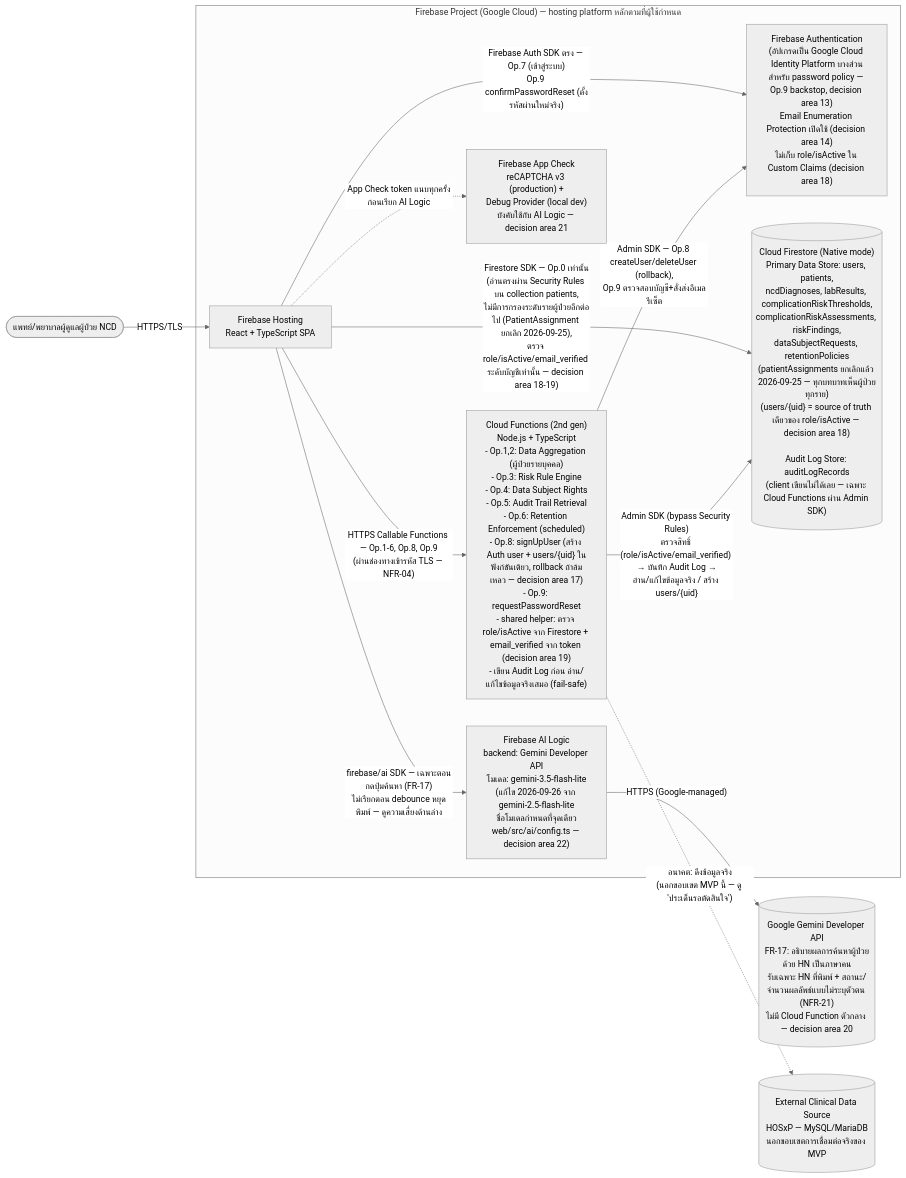
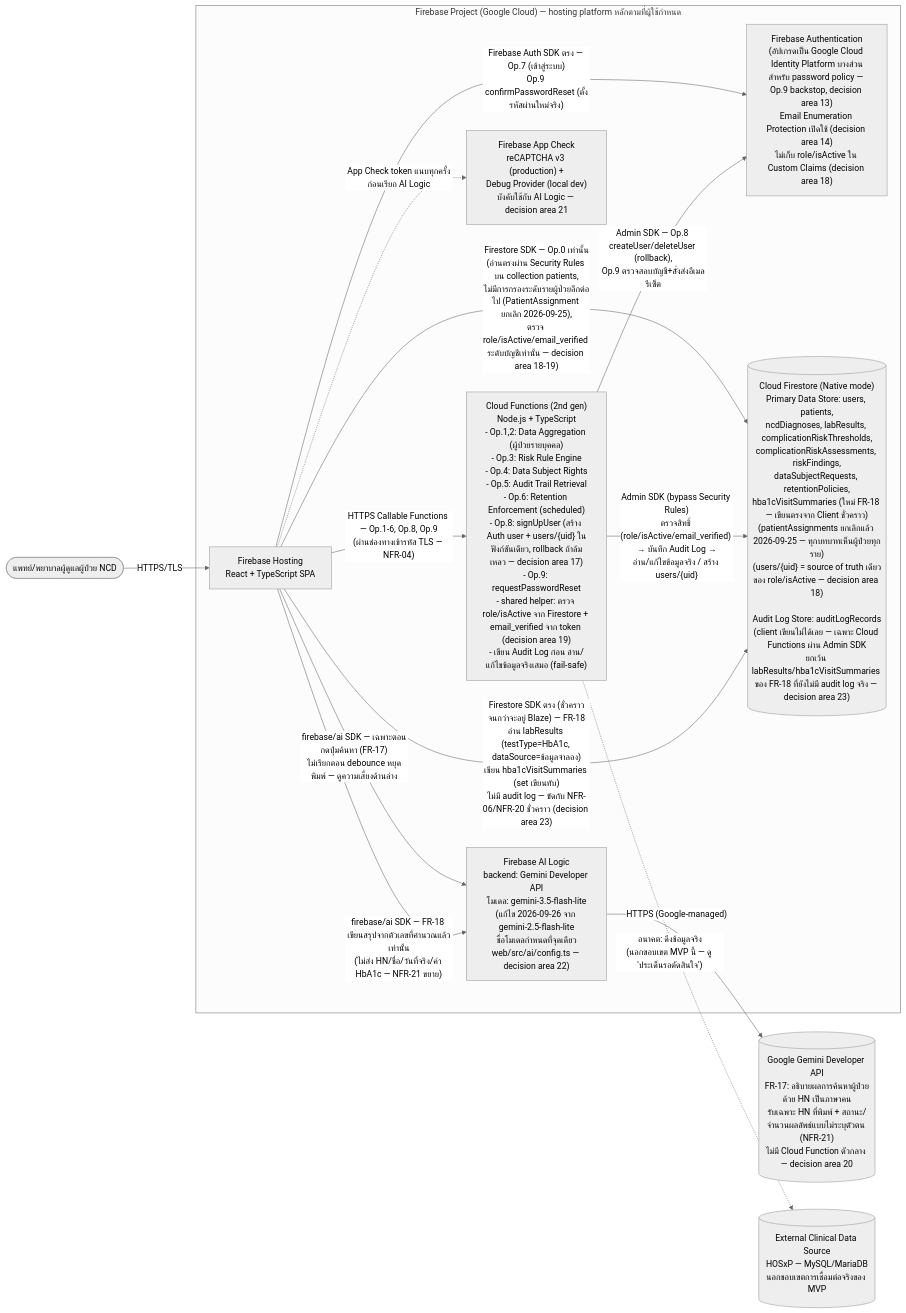
Before and after one commit to fadtypat/track-ncds: the diagram in docs/02-design/02-technical/technology-stack.md, drawn with Mermaid (neutral theme). The commit also changed other lines of this file and 12 other files, not shown here.

First line of the commit message:
Add AI HbA1c fiscal-year visit summary on patient cards (FR-18)

````diff
--- a/docs/02-design/02-technical/technology-stack.md
+++ b/docs/02-design/02-technical/technology-stack.md
@@ -813,28 +917,30 @@
 ```mermaid
 flowchart LR
     User(["แพทย์/พยาบาลผู้ดูแลผู้ป่วย NCD"])
 
     subgraph Firebase["Firebase Project (Google Cloud) — hosting platform หลักตามที่ผู้ใช้กำหนด"]
         Hosting["Firebase Hosting\nReact + TypeScript SPA"]
         Auth["Firebase Authentication\n(อัปเกรดเป็น Google Cloud Identity Platform บางส่วน\nสำหรับ password policy — Op.9 backstop, decision area 13)\nEmail Enumeration Protection เปิดใช้ (decision area 14)\nไม่เก็บ role/isActive ใน Custom Claims (decision area 18)"]
         Functions["Cloud Functions (2nd gen)\nNode.js + TypeScript\n- Op.1,2: Data Aggregation (ผู้ป่วยรายบุคคล)\n- Op.3: Risk Rule Engine\n- Op.4: Data Subject Rights\n- Op.5: Audit Trail Retrieval\n- Op.6: Retention Enforcement (scheduled)\n- Op.8: signUpUser (สร้าง Auth user + users/{uid} ในฟังก์ชันเดียว, rollback ถ้าล้มเหลว — decision area 17)\n- Op.9: requestPasswordReset\n- shared helper: ตรวจ role/isActive จาก Firestore + email_verified จาก token (decision area 19)\n- เขียน Audit Log ก่อน อ่าน/แก้ไขข้อมูลจริงเสมอ (fail-safe)"]
-        Firestore[("Cloud Firestore (Native mode)\nPrimary Data Store: users, patients,\nncdDiagnoses, labResults, complicationRiskThresholds,\ncomplicationRiskAssessments, riskFindings,\ndataSubjectRequests, retentionPolicies\n(patientAssignments ยกเลิกแล้ว 2026-09-25 — ทุกบทบาทเห็นผู้ป่วยทุกราย)\n(users/{uid} = source of truth เดียวของ role/isActive — decision area 18)\n\nAudit Log Store: auditLogRecords\n(client เขียนไม่ได้เลย — เฉพาะ Cloud Functions ผ่าน Admin SDK)")]
+        Firestore[("Cloud Firestore (Native mode)\nPrimary Data Store: users, patients,\nncdDiagnoses, labResults, complicationRiskThresholds,\ncomplicationRiskAssessments, riskFindings,\ndataSubjectRequests, retentionPolicies,\nhba1cVisitSummaries (ใหม่ FR-18 — เขียนตรงจาก Client ชั่วคราว)\n(patientAssignments ยกเลิกแล้ว 2026-09-25 — ทุกบทบาทเห็นผู้ป่วยทุกราย)\n(users/{uid} = source of truth เดียวของ role/isActive — decision area 18)\n\nAudit Log Store: auditLogRecords\n(client เขียนไม่ได้เลย — เฉพาะ Cloud Functions ผ่าน Admin SDK\nยกเว้น labResults/hba1cVisitSummaries ของ FR-18 ที่ยังไม่มี audit log จริง — decision area 23)")]
         AppCheck["Firebase App Check\nreCAPTCHA v3 (production) +\nDebug Provider (local dev)\nบังคับใช้กับ AI Logic — decision area 21"]
         AILogic["Firebase AI Logic\nbackend: Gemini Developer API\nโมเดล: gemini-3.5-flash-lite\n(แก้ไข 2026-09-26 จาก gemini-2.5-flash-lite\nชื่อโมเดลกำหนดที่จุดเดียว\nweb/src/ai/config.ts — decision area 22)"]
     end
 
     GeminiAPI[("Google Gemini Developer API\nFR-17: อธิบายผลการค้นหาผู้ป่วยด้วย HN เป็นภาษาคน\nรับเฉพาะ HN ที่พิมพ์ + สถานะ/จำนวนผลลัพธ์แบบไม่ระบุตัวตน (NFR-21)\nไม่มี Cloud Function ตัวกลาง — decision area 20")]
 
     ExternalSrc[("External Clinical Data Source\nHOSxP — MySQL/MariaDB\nนอกขอบเขตการเชื่อมต่อจริงของ MVP")]
 
     User -->|HTTPS/TLS| Hosting
     Hosting -->|"Firebase Auth SDK ตรง — Op.7 (เข้าสู่ระบบ)\nOp.9 confirmPasswordReset (ตั้งรหัสผ่านใหม่จริง)"| Auth
     Hosting -->|"Firestore SDK — Op.0 เท่านั้น\n(อ่านตรงผ่าน Security Rules บน collection patients,\nไม่มีการกรองระดับรายผู้ป่วยอีกต่อไป (PatientAssignment ยกเลิก 2026-09-25),\nตรวจ role/isActive/email_verified ระดับบัญชีเท่านั้น — decision area 18-19)"| Firestore
     Hosting -->|"HTTPS Callable Functions — Op.1-6, Op.8, Op.9\n(ผ่านช่องทางเข้ารหัส TLS — NFR-04)"| Functions
     Functions -->|"Admin SDK (bypass Security Rules)\nตรวจสิทธิ์ (role/isActive/email_verified) → บันทึก Audit Log →\nอ่าน/แก้ไขข้อมูลจริง / สร้าง users/{uid}"| Firestore
     Functions -->|"Admin SDK — Op.8 createUser/deleteUser (rollback),\nOp.9 ตรวจสอบบัญชี+สั่งส่งอีเมลรีเซ็ต"| Auth
     Functions -.->|"อนาคต: ดึงข้อมูลจริง\n(นอกขอบเขต MVP นี้ — ดู 'ประเด็นรอตัดสินใจ')"| ExternalSrc
     Hosting -->|"firebase/ai SDK — เฉพาะตอนกดปุ่มค้นหา (FR-17)\nไม่เรียกตอน debounce หยุดพิมพ์ — ดูความเสี่ยงด้านล่าง"| AILogic
     Hosting -.->|"App Check token แนบทุกครั้งก่อนเรียก AI Logic"| AppCheck
     AILogic -->|"HTTPS (Google-managed)"| GeminiAPI
+    Hosting -->|"Firestore SDK ตรง (ชั่วคราวจนกว่าจะอยู่ Blaze) — FR-18\nอ่าน labResults (testType=HbA1c, dataSource=ข้อมูลจำลอง)\nเขียน hba1cVisitSummaries (set เขียนทับ)\nไม่มี audit log — ขัดกับ NFR-06/NFR-20 ชั่วคราว (decision area 23)"| Firestore
+    Hosting -->|"firebase/ai SDK — FR-18 เขียนสรุปจากตัวเลขที่คำนวณแล้วเท่านั้น\n(ไม่ส่ง HN/ชื่อ/วันที่จริง/ค่า HbA1c — NFR-21 ขยาย)"| AILogic
 ```
````
